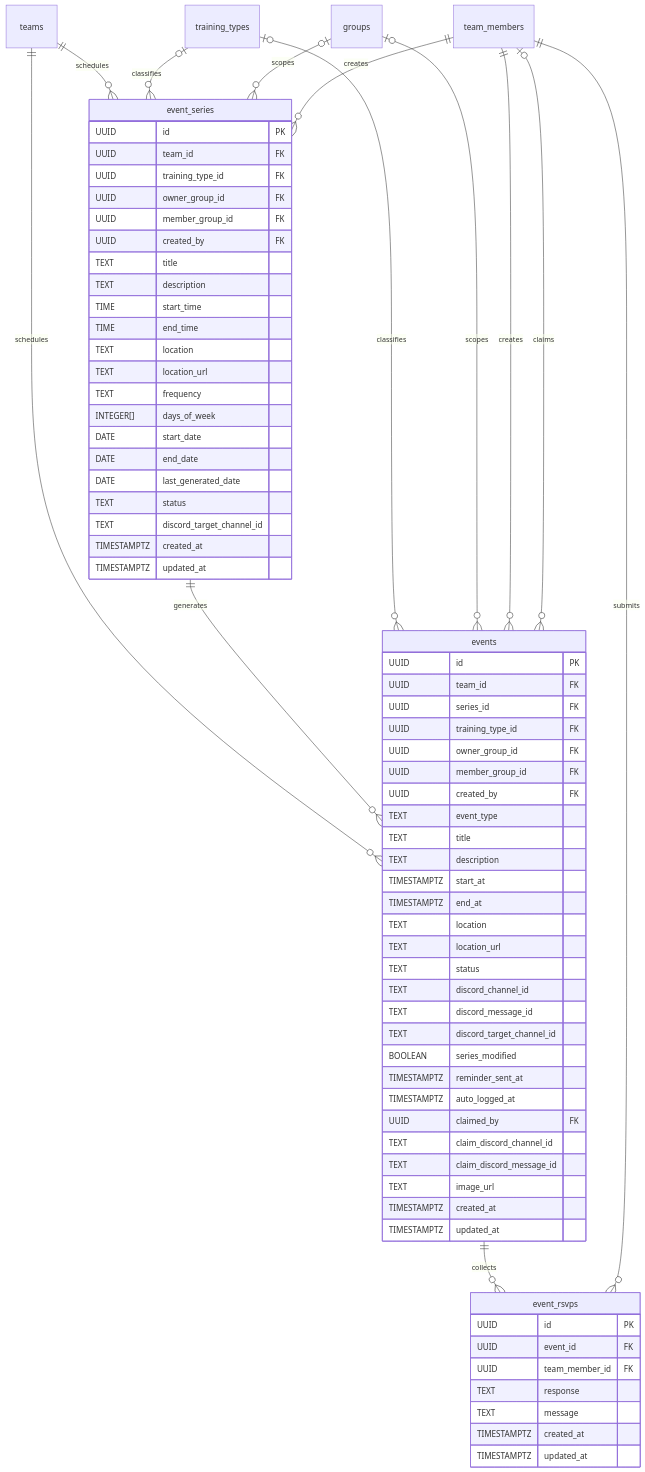
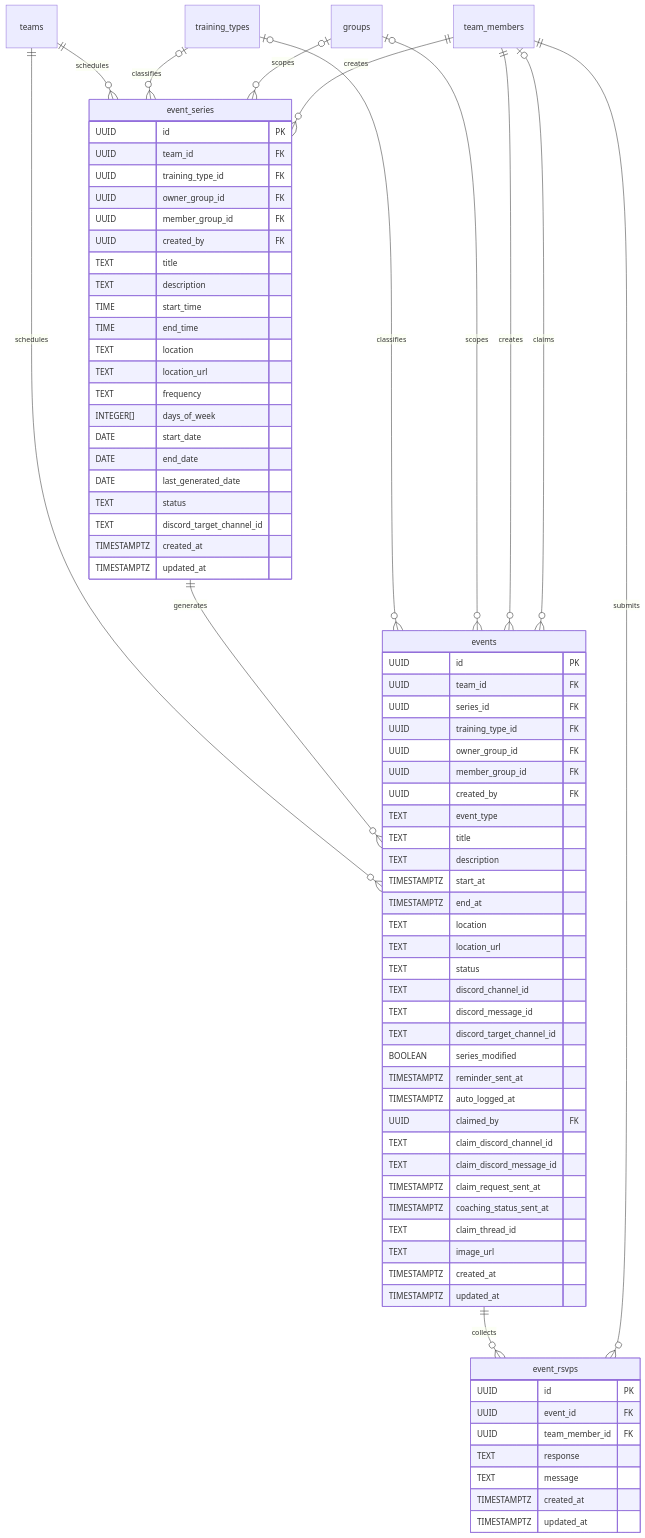
The seventh of 18 diagrams in docs/thesis/er-diagram.md (maxa-ondrej/sideline), drawn with Mermaid before and after one commit. The commit also changed other lines of this file and 40 other files, not shown here.

````diff
--- a/docs/thesis/er-diagram.md
+++ b/docs/thesis/er-diagram.md
@@ -427,79 +428,82 @@
 ```mermaid
 erDiagram
     events {
         UUID id PK
         UUID team_id FK
         UUID series_id FK
         UUID training_type_id FK
         UUID owner_group_id FK
         UUID member_group_id FK
         UUID created_by FK
         TEXT event_type
         TEXT title
         TEXT description
         TIMESTAMPTZ start_at
         TIMESTAMPTZ end_at
         TEXT location
         TEXT location_url
         TEXT status
         TEXT discord_channel_id
         TEXT discord_message_id
         TEXT discord_target_channel_id
         BOOLEAN series_modified
         TIMESTAMPTZ reminder_sent_at
         TIMESTAMPTZ auto_logged_at
         UUID claimed_by FK
         TEXT claim_discord_channel_id
         TEXT claim_discord_message_id
+        TIMESTAMPTZ claim_request_sent_at
+        TIMESTAMPTZ coaching_status_sent_at
+        TEXT claim_thread_id
         TEXT image_url
         TIMESTAMPTZ created_at
         TIMESTAMPTZ updated_at
     }
 
     event_series {
         UUID id PK
         UUID team_id FK
         UUID training_type_id FK
         UUID owner_group_id FK
         UUID member_group_id FK
         UUID created_by FK
         TEXT title
         TEXT description
         TIME start_time
         TIME end_time
         TEXT location
         TEXT location_url
         TEXT frequency
         INTEGER[] days_of_week
         DATE start_date
         DATE end_date
         DATE last_generated_date
         TEXT status
         TEXT discord_target_channel_id
         TIMESTAMPTZ created_at
         TIMESTAMPTZ updated_at
     }
 
     event_rsvps {
         UUID id PK
         UUID event_id FK
         UUID team_member_id FK
         TEXT response
         TEXT message
         TIMESTAMPTZ created_at
         TIMESTAMPTZ updated_at
     }
 
     teams ||--o{ events : "schedules"
     teams ||--o{ event_series : "schedules"
     event_series ||--o{ events : "generates"
     training_types o|--o{ events : "classifies"
     training_types o|--o{ event_series : "classifies"
     groups o|--o{ events : "scopes"
     groups o|--o{ event_series : "scopes"
     team_members ||--o{ events : "creates"
     team_members ||--o{ event_series : "creates"
     team_members o|--o{ events : "claims"
     events ||--o{ event_rsvps : "collects"
     team_members ||--o{ event_rsvps : "submits"
 ```
````
